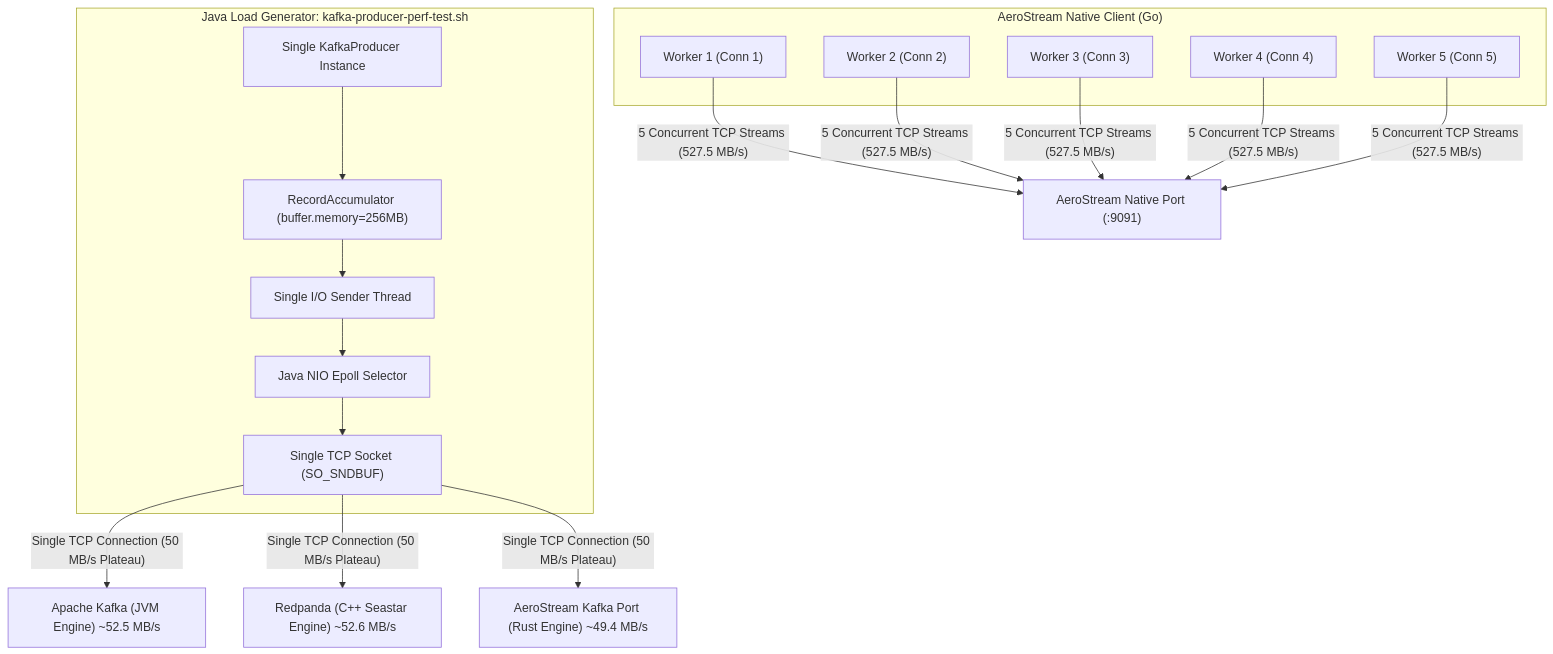
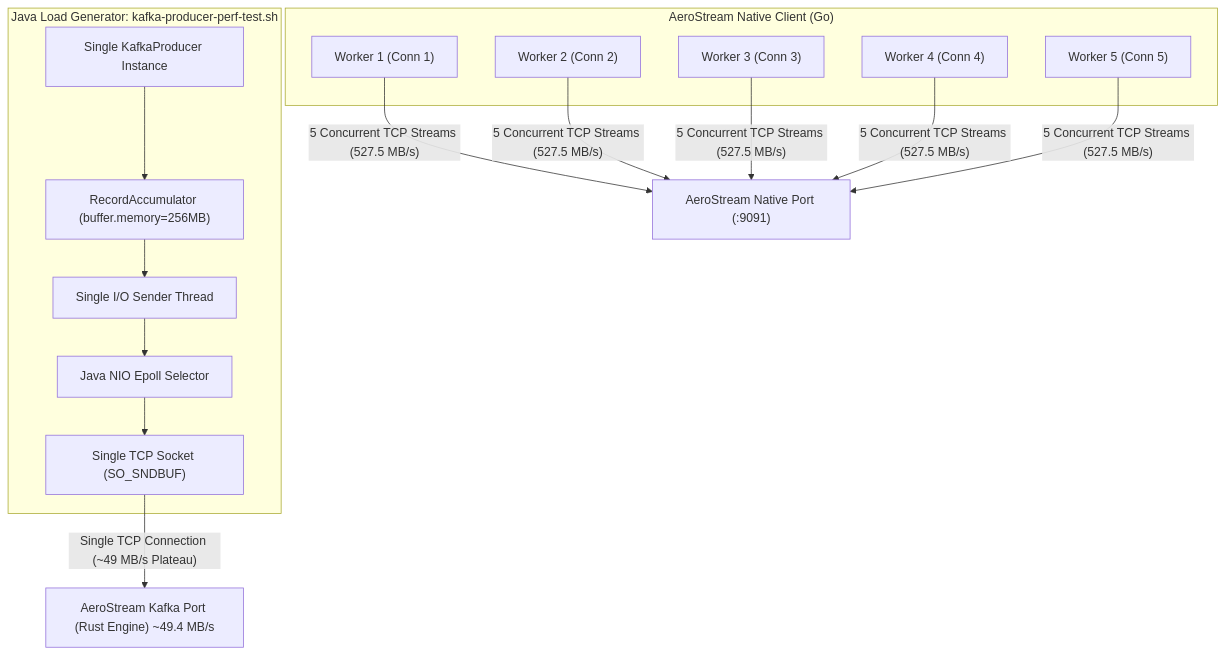
One commit to gradientgeeks/aerostream changed the first of 2 diagrams in core/docs/KAFKA_PORT_OPTIMIZATION_RESEARCH.md. Above: the diagram before and after it, drawn with Mermaid. The commit also changed other lines of this file and 33 other files, not shown here.

````diff
--- a/core/docs/KAFKA_PORT_OPTIMIZATION_RESEARCH.md
+++ b/core/docs/KAFKA_PORT_OPTIMIZATION_RESEARCH.md
@@ -69,25 +67,23 @@
 ```mermaid
 flowchart TD
     subgraph Harness["Java Load Generator: kafka-producer-perf-test.sh"]
         KP["Single KafkaProducer Instance"]
         RA["RecordAccumulator (buffer.memory=256MB)"]
         SND["Single I/O Sender Thread"]
         SEL["Java NIO Epoll Selector"]
         SKT["Single TCP Socket (SO_SNDBUF)"]
         KP --> RA --> SND --> SEL --> SKT
     end
 
-    SKT -->|"Single TCP Connection (50 MB/s Plateau)"| B1["Apache Kafka (JVM Engine) ~52.5 MB/s"]
-    SKT -->|"Single TCP Connection (50 MB/s Plateau)"| B2["Redpanda (C++ Seastar Engine) ~52.6 MB/s"]
-    SKT -->|"Single TCP Connection (50 MB/s Plateau)"| B3["AeroStream Kafka Port (Rust Engine) ~49.4 MB/s"]
+    SKT -->|"Single TCP Connection (~49 MB/s Plateau)"| B3["AeroStream Kafka Port (Rust Engine) ~49.4 MB/s"]
 
     subgraph NativeHarness["AeroStream Native Client (Go)"]
         W1["Worker 1 (Conn 1)"]
         W2["Worker 2 (Conn 2)"]
         W3["Worker 3 (Conn 3)"]
         W4["Worker 4 (Conn 4)"]
         W5["Worker 5 (Conn 5)"]
     end
 
     W1 & W2 & W3 & W4 & W5 -->|"5 Concurrent TCP Streams (527.5 MB/s)"| B4["AeroStream Native Port (:9091)"]
 ```
````
